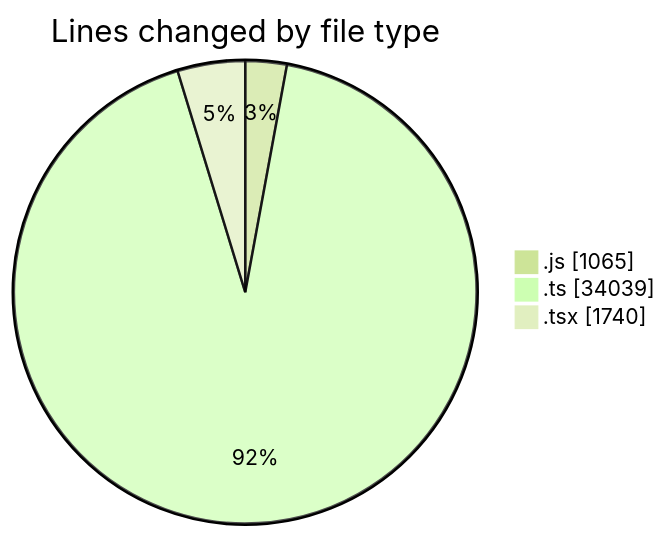
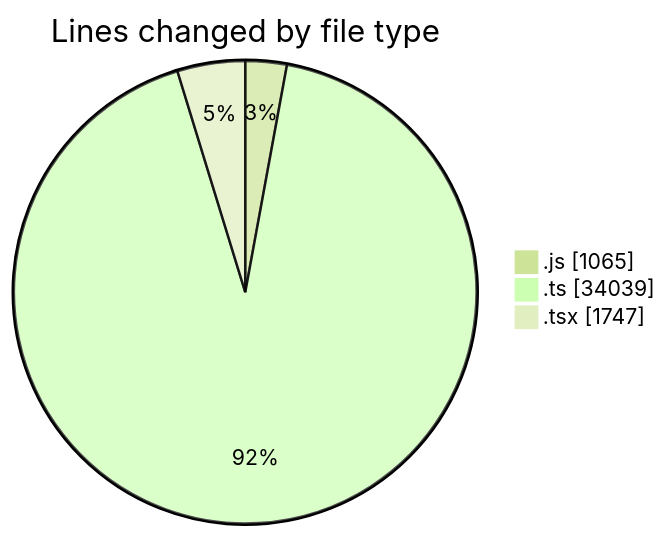
One commit to momahboobian/code-tracking changed the first of 2 diagrams in 2026-10-06/cda/README.md. Above: the diagram before and after it, drawn with Mermaid (forest theme). The commit also changed other lines of this file and 1 other file, not shown here.

````diff
--- a/2026-10-06/cda/README.md
+++ b/2026-10-06/cda/README.md
@@ -44,7 +44,7 @@
 ```mermaid
 pie showData
 title Lines changed by file type
 ".js" : 1065
 ".ts" : 34039
-".tsx" : 1740
+".tsx" : 1747
 ```
````
